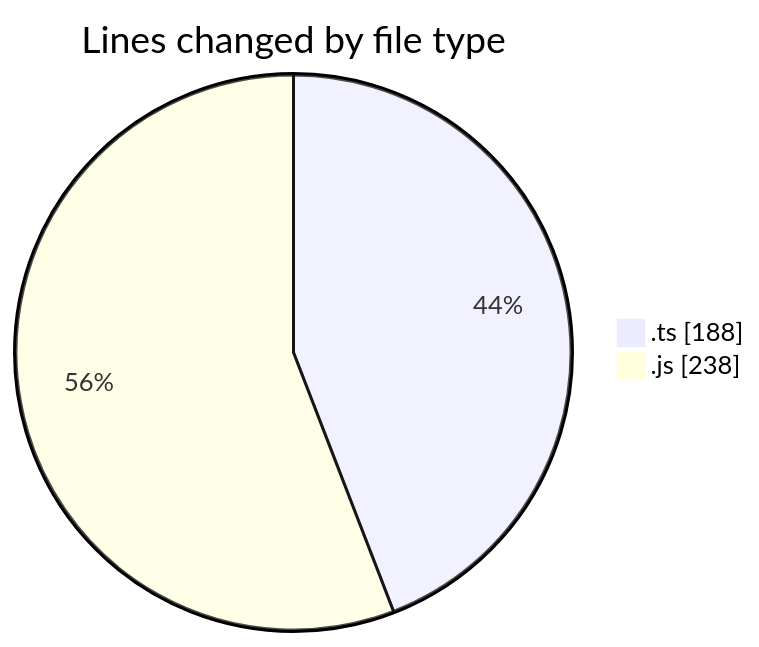
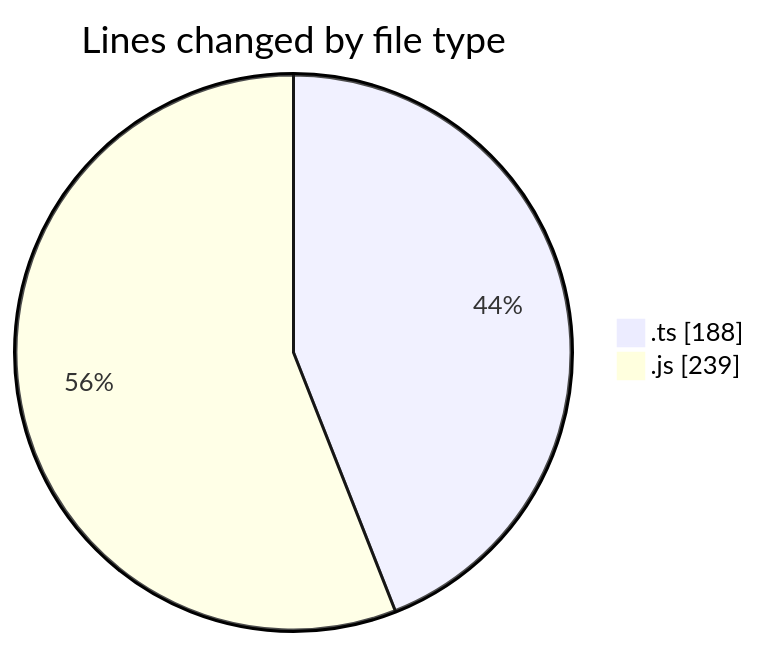
The first of 2 diagrams in 2025-03-12/cda/README.md (momahboobian/code-tracking), drawn with Mermaid before and after one commit. The commit also changed other lines of this file and 1 other file, not shown here.

````diff
--- a/2025-03-12/cda/README.md
+++ b/2025-03-12/cda/README.md
@@ -25,6 +25,6 @@
 ```mermaid
 pie showData
 title Lines changed by file type
 ".ts" : 188
-".js" : 238
+".js" : 239
 ```
````
